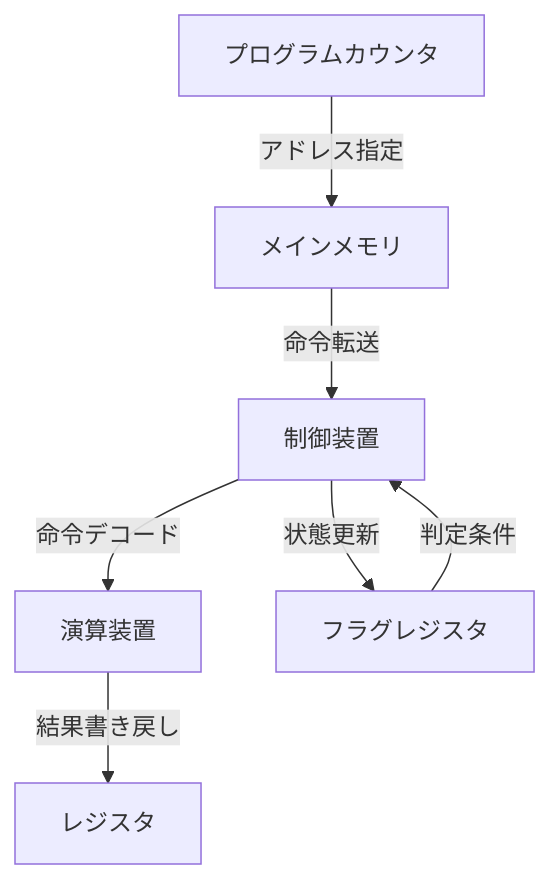
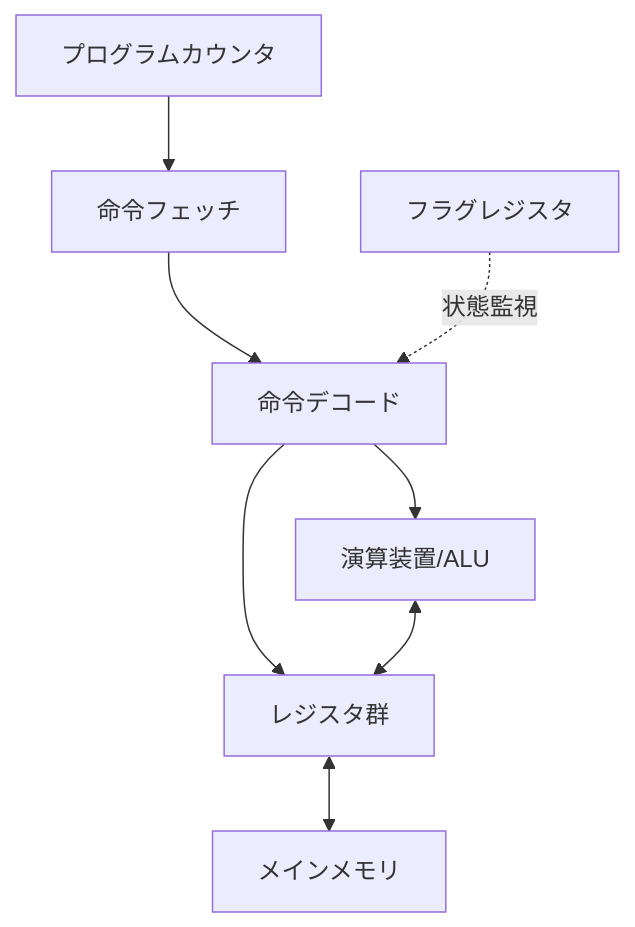
Before and after one commit to takahashirikit-bit/study-room: the diagram in 01_core/01_how-program-works/chapter1_summary.md, drawn with Mermaid. The commit also changed other lines of this file, not shown here.

````diff
--- a/01_core/01_how-program-works/chapter1_summary.md
+++ b/01_core/01_how-program-works/chapter1_summary.md
@@ -32,9 +25,10 @@
 ```mermaid
 flowchart TD
-    PC[プログラムカウンタ] -->|アドレス指定| Memory[メインメモリ]
-    Memory -->|命令転送| CU[制御装置]
-    CU -->|命令デコード| ALU[演算装置]
-    CU -->|状態更新| Flag[フラグレジスタ]
-    ALU -->|結果書き戻し| Reg[レジスタ]
-    Flag -->|判定条件| CU
+    PC[プログラムカウンタ] --> Fetch[命令フェッチ]
+    Fetch --> Decode[命令デコード]
+    Decode --> ALU[演算装置/ALU]
+    Decode --> Reg[レジスタ群]
+    ALU <--> Reg
+    Reg <--> Mem[メインメモリ]
+    Flag[フラグレジスタ] -.->|状態監視| Decode
 ```
````
